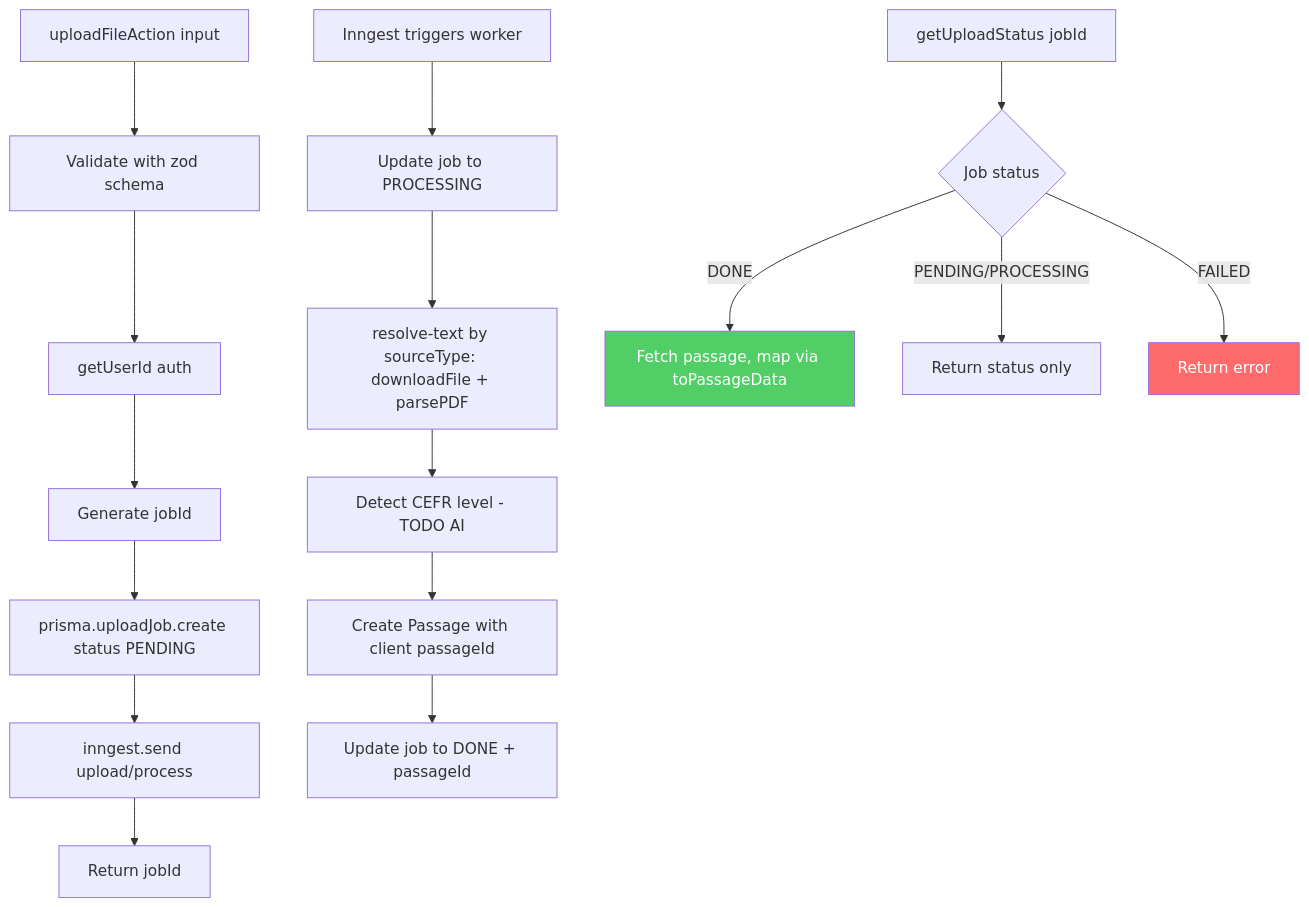
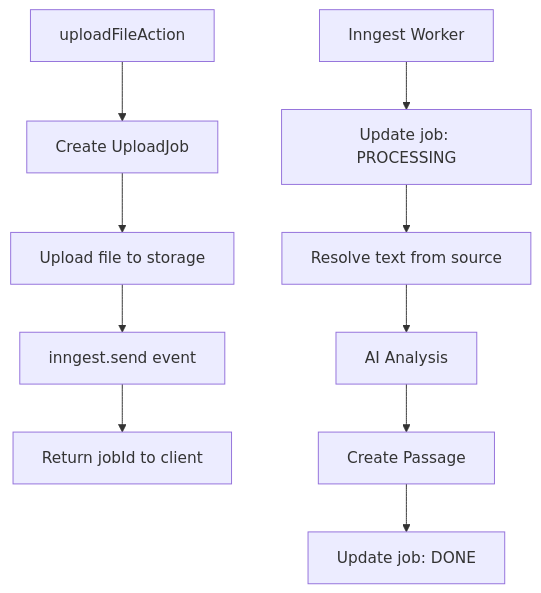
Before and after one commit to BoneTheDeveloper/ReadingPro: the diagram in docs/Flow/upload/upload-data-flow.md, drawn with Mermaid. The commit also changed other lines of this file and 12 other files, not shown here.

````diff
--- a/docs/Flow/upload/upload-data-flow.md
+++ b/docs/Flow/upload/upload-data-flow.md
@@ -60,23 +11,13 @@
 ```mermaid
 flowchart TD
-    A[uploadFileAction input] --> B[Validate with zod schema]
-    B --> C[getUserId auth]
-    C --> D[Generate jobId]
-    D --> E[prisma.uploadJob.create status PENDING]
-    E --> F[inngest.send upload/process]
-    F --> G[Return jobId]
+    A[uploadFileAction] --> B[Create UploadJob]
+    B --> C[Upload file to storage]
+    C --> D[inngest.send event]
+    D --> E[Return jobId to client]
 
-    H[Inngest triggers worker] --> I[Update job to PROCESSING]
-    I --> R[resolve-text by sourceType: downloadFile + parsePDF]
-    R --> J[Detect CEFR level - TODO AI]
-    J --> K[Create Passage with client passageId]
-    K --> L[Update job to DONE + passageId]
-
-    M[getUploadStatus jobId] --> N{Job status}
-    N -->|DONE| O[Fetch passage, map via toPassageData]
-    N -->|PENDING/PROCESSING| P[Return status only]
-    N -->|FAILED| Q[Return error]
-
-    style Q fill:#ff6b6b,color:#fff
-    style O fill:#51cf66,color:#fff
+    F[Inngest Worker] --> G[Update job: PROCESSING]
+    G --> H[Resolve text from source]
+    H --> I[AI Analysis]
+    I --> J[Create Passage]
+    J --> K[Update job: DONE]
 ```
````
